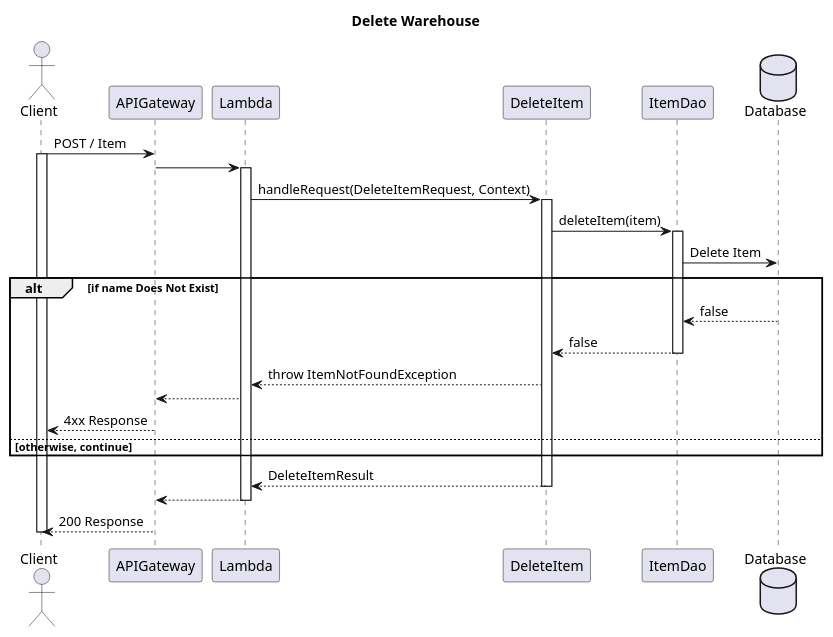
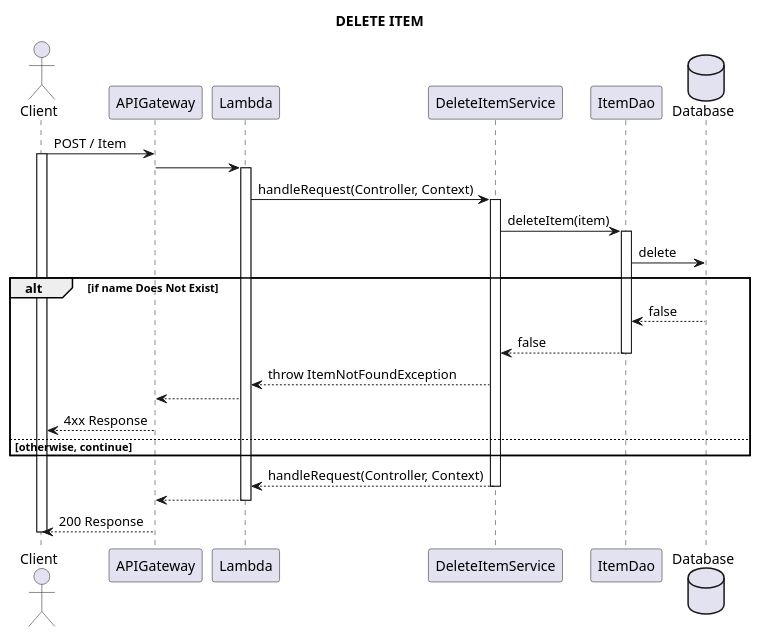
Before and after one commit to sbjos/Inventory-Management: the diagram in backend/src/main/resources/Diagrams/DeleteItem.puml, drawn with PlantUML. The commit also changed 59 other files, not shown here.

Commit message:
Updated: service class - Diagram - Documentations

```diff
--- a/backend/src/main/resources/Diagrams/DeleteItem.puml
+++ b/backend/src/main/resources/Diagrams/DeleteItem.puml
@@ -1,40 +1,41 @@
 @startuml
-title Delete Warehouse
+title DELETE ITEM
 
 actor Client
 participant APIGateway
 participant Lambda
-participant DeleteItem
+participant DeleteItemService
 participant ItemDao
 database Database
 
 Client -> APIGateway : POST / Item
 activate Client
 APIGateway -> Lambda
 activate Lambda
-Lambda -> DeleteItem :  handleRequest(DeleteItemRequest, Context)
-activate DeleteItem
+Lambda -> DeleteItemService :  handleRequest(Controller, Context)
+activate DeleteItemService
 
-DeleteItem -> ItemDao : deleteItem(item)
+
+DeleteItemService -> ItemDao : deleteItem(item)
 activate ItemDao
 
-ItemDao -> Database : Delete Item
+ItemDao -> Database : delete
 
 alt if name Does Not Exist
     ItemDao <-- Database : false
-    DeleteItem <-- ItemDao : false
+    DeleteItemService <-- ItemDao : false
     deactivate ItemDao
-    Lambda <-- DeleteItem : throw ItemNotFoundException
+    Lambda <-- DeleteItemService : throw ItemNotFoundException
     APIGateway <-- Lambda
     Client <-- APIGateway : 4xx Response
 else otherwise, continue
 end
 
-Lambda <-- DeleteItem : DeleteItemResult
-deactivate DeleteItem
+Lambda <-- DeleteItemService : handleRequest(Controller, Context)
+deactivate DeleteItemService
 APIGateway <-- Lambda
 deactivate Lambda
 Client <-- APIGateway : 200 Response
 deactivate Client
 
 @enduml
```
